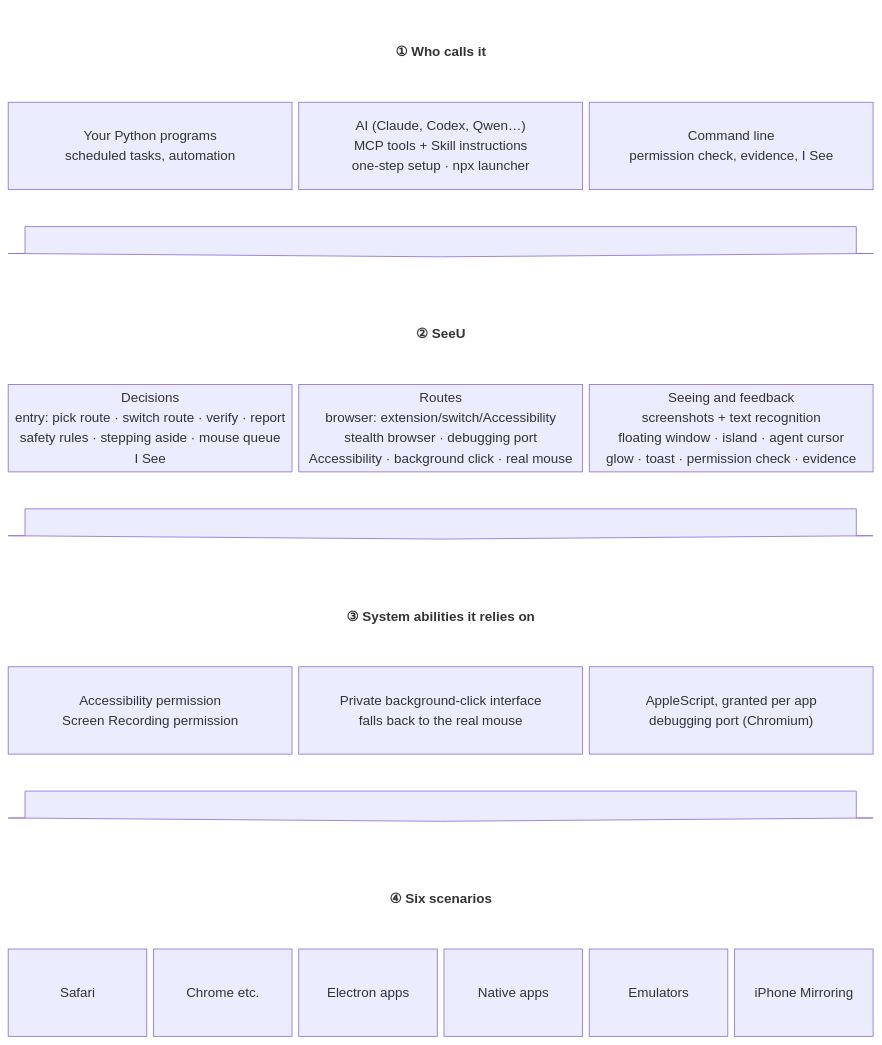
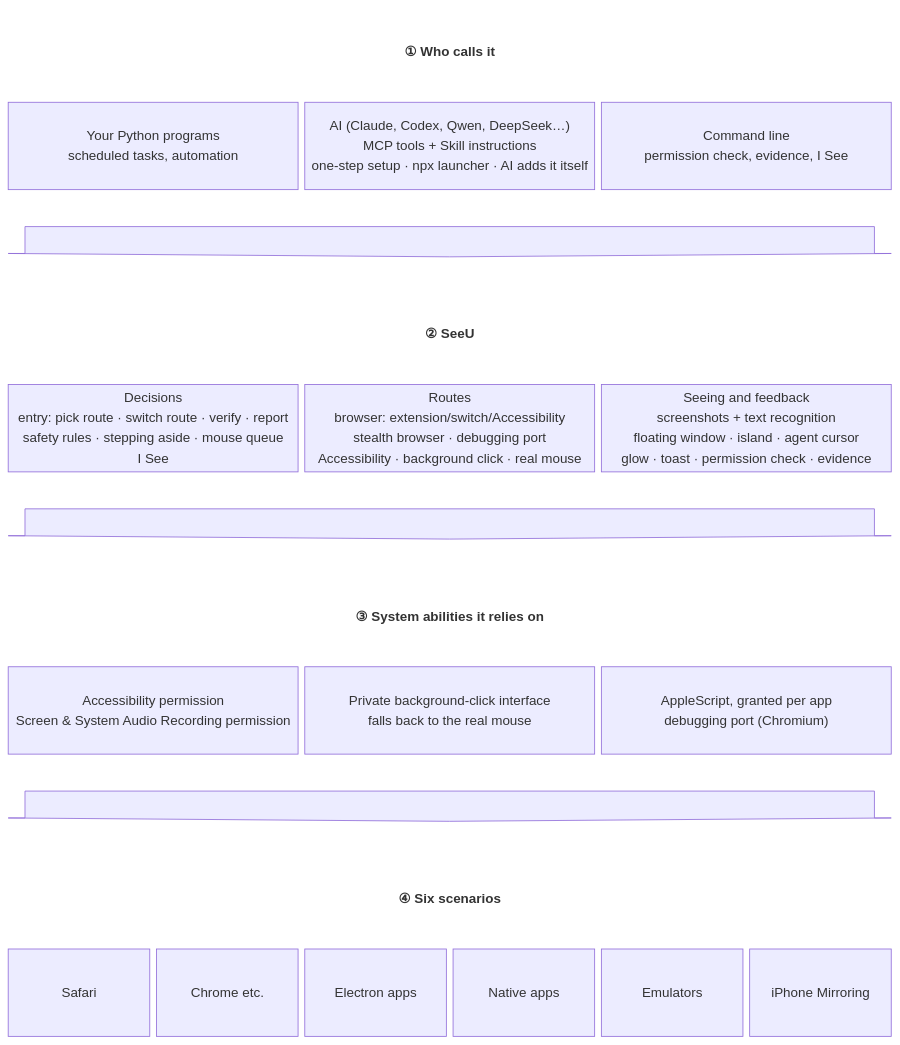
Before and after one commit to Mr-Bingoo/seeu-computeruse: the first of 16 diagrams in docs/SeeU-diagrams.md, drawn with Mermaid. The commit also changed other lines of this file and 41 other files, not shown here.

````diff
--- a/docs/SeeU-diagrams.md
+++ b/docs/SeeU-diagrams.md
@@ -16,23 +16,23 @@
 ```mermaid
 block-beta
   columns 6
   H1["① Who calls it"]:6
   U1["Your Python programs<br/>scheduled tasks, automation"]:2
-  U2["AI (Claude, Codex, Qwen…)<br/>MCP tools + Skill instructions<br/>one-step setup · npx launcher"]:2
+  U2["AI (Claude, Codex, Qwen, DeepSeek…)<br/>MCP tools + Skill instructions<br/>one-step setup · npx launcher · AI adds it itself"]:2
   U3["Command line<br/>permission check, evidence, I See"]:2
   D1<["&nbsp;"]>(down):6
   H2["② SeeU"]:6
   J["Decisions<br/>entry: pick route · switch route · verify · report<br/>safety rules · stepping aside · mouse queue<br/>I See"]:2
   R["Routes<br/>browser: extension/switch/Accessibility<br/>stealth browser · debugging port<br/>Accessibility · background click · real mouse"]:2
   FB["Seeing and feedback<br/>screenshots + text recognition<br/>floating window · island · agent cursor<br/>glow · toast · permission check · evidence"]:2
   D2<["&nbsp;"]>(down):6
   H3["③ System abilities it relies on"]:6
-  P1["Accessibility permission<br/>Screen Recording permission"]:2
+  P1["Accessibility permission<br/>Screen & System Audio Recording permission"]:2
   P3["Private background-click interface<br/>falls back to the real mouse"]:2
   P4["AppleScript, granted per app<br/>debugging port (Chromium)"]:2
   D3<["&nbsp;"]>(down):6
   H4["④ Six scenarios"]:6
   A1["Safari"] A2["Chrome etc."] A3["Electron apps"] A4["Native apps"] A5["Emulators"] A6["iPhone Mirroring"]
   classDef head fill:none,stroke:none,font-weight:bold
   class H1,H2,H3,H4 head
 ```
````
